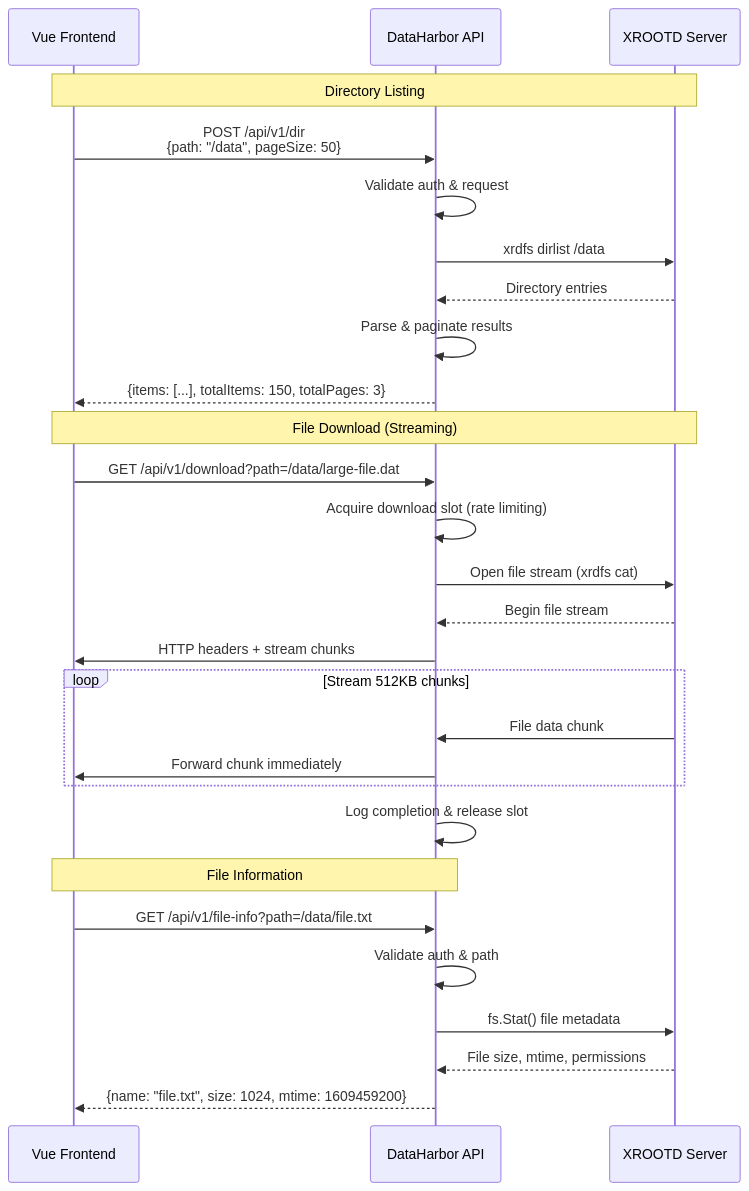
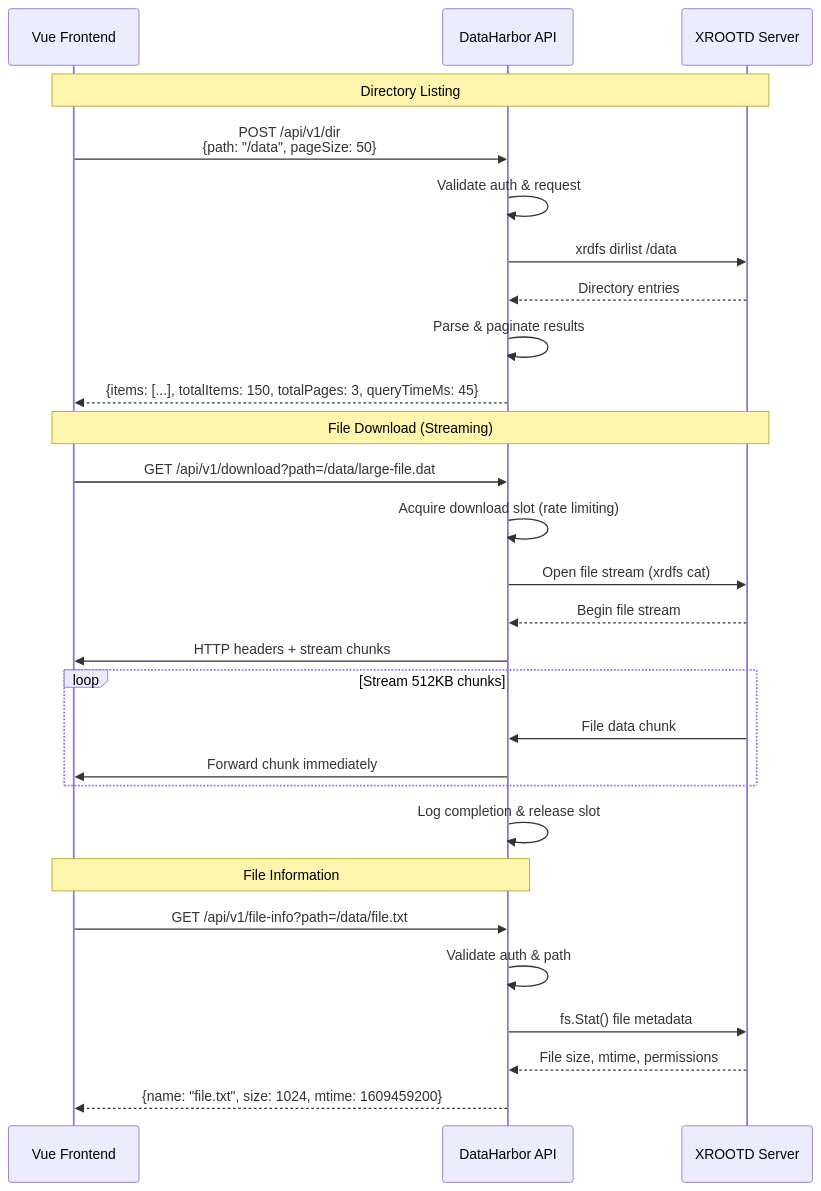
The third of 4 diagrams in docs/API.md (AnarManafov/dataharbor), drawn with Mermaid before and after one commit. The commit also changed other lines of this file and 10 other files, not shown here.

````diff
--- a/docs/API.md
+++ b/docs/API.md
@@ -102,35 +102,35 @@
 ```mermaid
 sequenceDiagram
     participant Frontend as Vue Frontend
     participant API as DataHarbor API
     participant XRD as XROOTD Server
-    
+
     Note over Frontend,XRD: Directory Listing
     Frontend->>API: POST /api/v1/dir<br/>{path: "/data", pageSize: 50}
     API->>API: Validate auth & request
     API->>XRD: xrdfs dirlist /data
     XRD-->>API: Directory entries
     API->>API: Parse & paginate results
-    API-->>Frontend: {items: [...], totalItems: 150, totalPages: 3}
-    
+    API-->>Frontend: {items: [...], totalItems: 150, totalPages: 3, queryTimeMs: 45}
+
     Note over Frontend,XRD: File Download (Streaming)
     Frontend->>API: GET /api/v1/download?path=/data/large-file.dat
     API->>API: Acquire download slot (rate limiting)
     API->>XRD: Open file stream (xrdfs cat)
     XRD-->>API: Begin file stream
     API->>Frontend: HTTP headers + stream chunks
-    
+
     loop Stream 512KB chunks
         XRD->>API: File data chunk
         API->>Frontend: Forward chunk immediately
     end
-    
+
     API->>API: Log completion & release slot
-    
+
     Note over Frontend,API: File Information
     Frontend->>API: GET /api/v1/file-info?path=/data/file.txt
     API->>API: Validate auth & path
     API->>XRD: fs.Stat() file metadata
     XRD-->>API: File size, mtime, permissions
     API-->>Frontend: {name: "file.txt", size: 1024, mtime: 1609459200}
 ```
````
